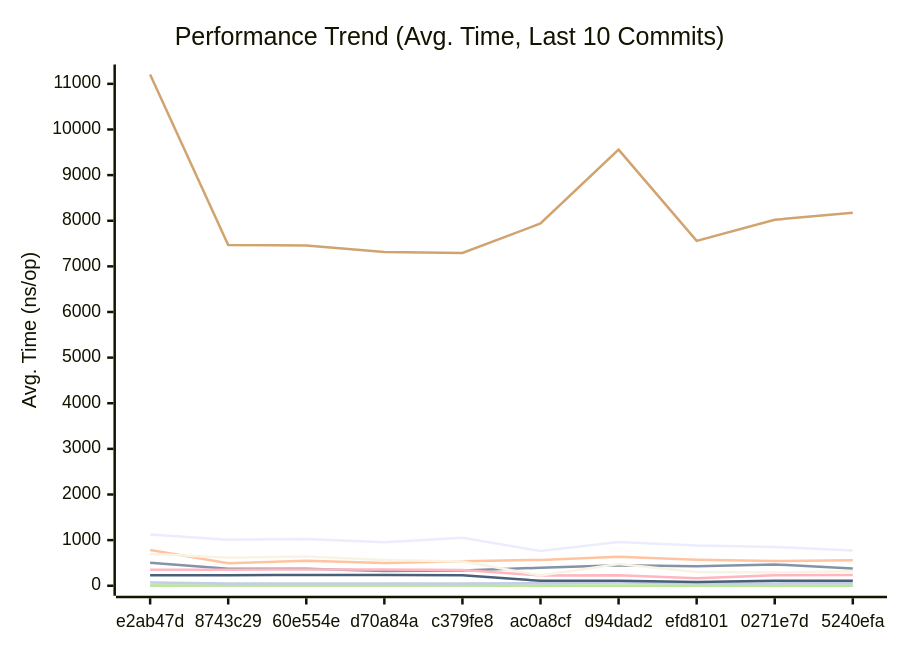
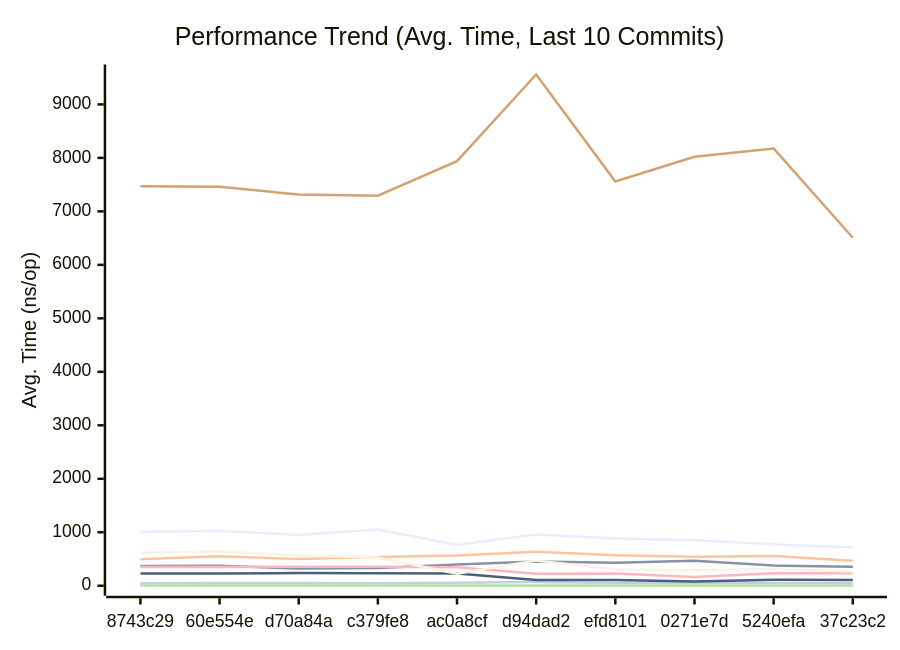
The first of 3 diagrams in docs/PERFORMANCE.md (alsotoes/momo), drawn with Mermaid before and after one commit. The commit also changed other lines of this file and 9 other files, not shown here.

````diff
--- a/docs/PERFORMANCE.md
+++ b/docs/PERFORMANCE.md
@@ -128,18 +128,18 @@
 ```mermaid
 xychart-beta
     title "Performance Trend (Avg. Time, Last 10 Commits)"
     x-axis "Commit"
     y-axis "Avg. Time (ns/op)"
-    x-axis [e2ab47d,8743c29,60e554e,d70a84a,c379fe8,ac0a8cf,d94dad2,efd8101,0271e7d,5240efa]
-    line "CheckMetricsAndSwap" [11,10,9,10,9,8,11,12,11,8]
-    line "CrushOptimized" [502,370,372,323,332,396,452,428,468,378]
-    line "CrushOriginal" [783,495,550,499,539,566,637,571,542,558]
-    line "IndexDirectTracking" [0,0,0,0,0,0,0,1,1,0]
-    line "IndexSearch" [3,3,3,4,3,2,2,2,2,2]
-    line "LoadGlobalConfig" [11205,7469,7459,7314,7292,7939,9559,7558,8021,8176]
-    line "PadString" [69,49,51,51,49,57,70,53,52,53]
+    x-axis [8743c29,60e554e,d70a84a,c379fe8,ac0a8cf,d94dad2,efd8101,0271e7d,5240efa,37c23c2]
+    line "CheckMetricsAndSwap" [10,9,10,9,8,11,12,11,8,7]
+    line "CrushOptimized" [370,372,323,332,396,452,428,468,378,356]
+    line "CrushOriginal" [495,550,499,539,566,637,571,542,558,469]
+    line "IndexDirectTracking" [0,0,0,0,0,0,1,1,0,0]
+    line "IndexSearch" [3,3,4,3,2,2,2,2,2,2]
+    line "LoadGlobalConfig" [7469,7459,7314,7292,7939,9559,7558,8021,8176,6507]
+    line "PadString" [49,51,51,49,57,70,53,52,53,47]
     line "ParseReplicationOrder_NoPrealloc" [350,349,357,354,345,225,229,165,232,234]
     line "ParseReplicationOrder_Prealloc" [229,231,237,234,229,108,107,80,110,109]
-    line "SanitizeLog/Safe" [704,615,640,566,529,226,474,303,288,316]
-    line "SanitizeLog/Unsafe" [1122,1010,1023,951,1050,761,960,883,849,775]
+    line "SanitizeLog/Safe" [615,640,566,529,226,474,303,288,316,266]
+    line "SanitizeLog/Unsafe" [1010,1023,951,1050,761,960,883,849,775,714]
 ```
````
